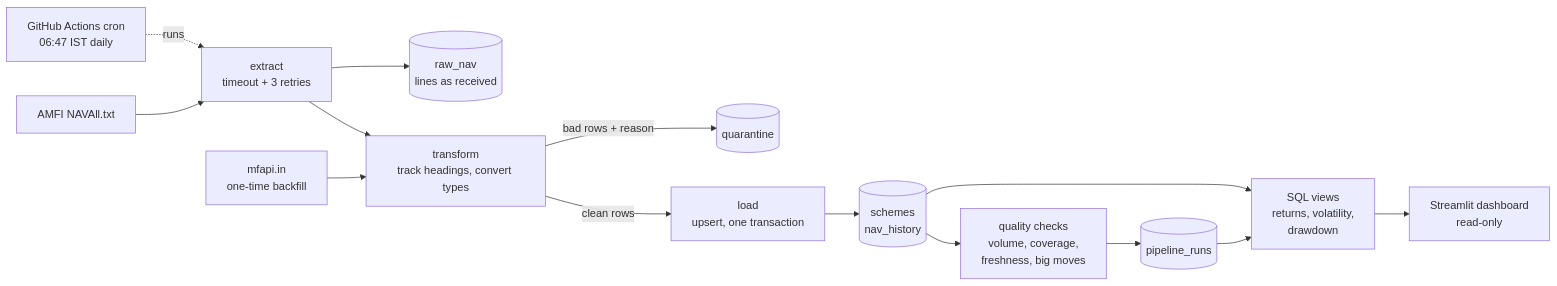
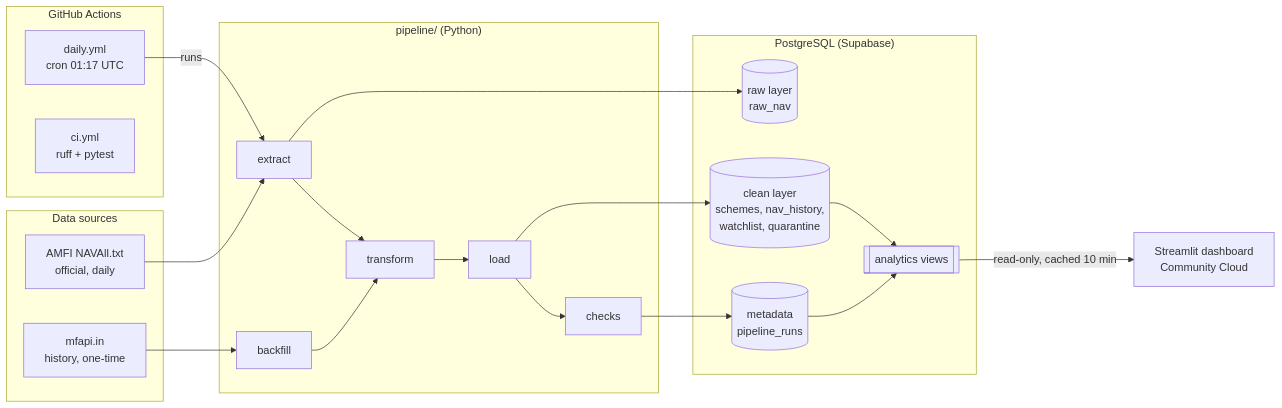
The first of 4 diagrams in README.md (AM2004legend/FundPulse), drawn with Mermaid before and after one commit. The commit also changed other lines of this file and 7 other files, not shown here.

````diff
--- a/README.md
+++ b/README.md
@@ -17,16 +73,36 @@
 ```mermaid
 flowchart LR
-    GH["GitHub Actions cron<br/>06:47 IST daily"] -.->|runs| EX
-    AMFI["AMFI NAVAll.txt"] --> EX["extract<br/>timeout + 3 retries"]
-    EX --> RAW[("raw_nav<br/>lines as received")]
-    EX --> TR["transform<br/>track headings, convert types"]
-    MF["mfapi.in<br/>one-time backfill"] --> TR
-    TR -->|bad rows + reason| Q[("quarantine")]
-    TR -->|clean rows| LD["load<br/>upsert, one transaction"]
-    LD --> NAV[("schemes<br/>nav_history")]
-    NAV --> CK["quality checks<br/>volume, coverage,<br/>freshness, big moves"]
-    CK --> RUNS[("pipeline_runs")]
-    NAV --> V["SQL views<br/>returns, volatility,<br/>drawdown"]
-    RUNS --> V
-    V --> DB["Streamlit dashboard<br/>read-only"]
+    subgraph SRC["Data sources"]
+        AMFI["AMFI NAVAll.txt<br/>official, daily"]
+        MF["mfapi.in<br/>history, one-time"]
+    end
+
+    subgraph GHA["GitHub Actions"]
+        CRON["daily.yml<br/>cron 01:17 UTC"]
+        CIW["ci.yml<br/>ruff + pytest"]
+    end
+
+    subgraph PY["pipeline/ (Python)"]
+        EX["extract"] --> TR["transform"] --> LD["load"] --> CK["checks"]
+        BF["backfill"]
+    end
+
+    subgraph PG["PostgreSQL (Supabase)"]
+        RAW[("raw layer<br/>raw_nav")]
+        CLEAN[("clean layer<br/>schemes, nav_history,<br/>watchlist, quarantine")]
+        META[("metadata<br/>pipeline_runs")]
+        VIEWS[["analytics views"]]
+    end
+
+    UI["Streamlit dashboard<br/>Community Cloud"]
+
+    CRON -->|runs| EX
+    AMFI --> EX
+    MF --> BF --> TR
+    EX --> RAW
+    LD --> CLEAN
+    CK --> META
+    CLEAN --> VIEWS
+    META --> VIEWS
+    VIEWS -->|"read-only, cached 10 min"| UI
 ```
````
